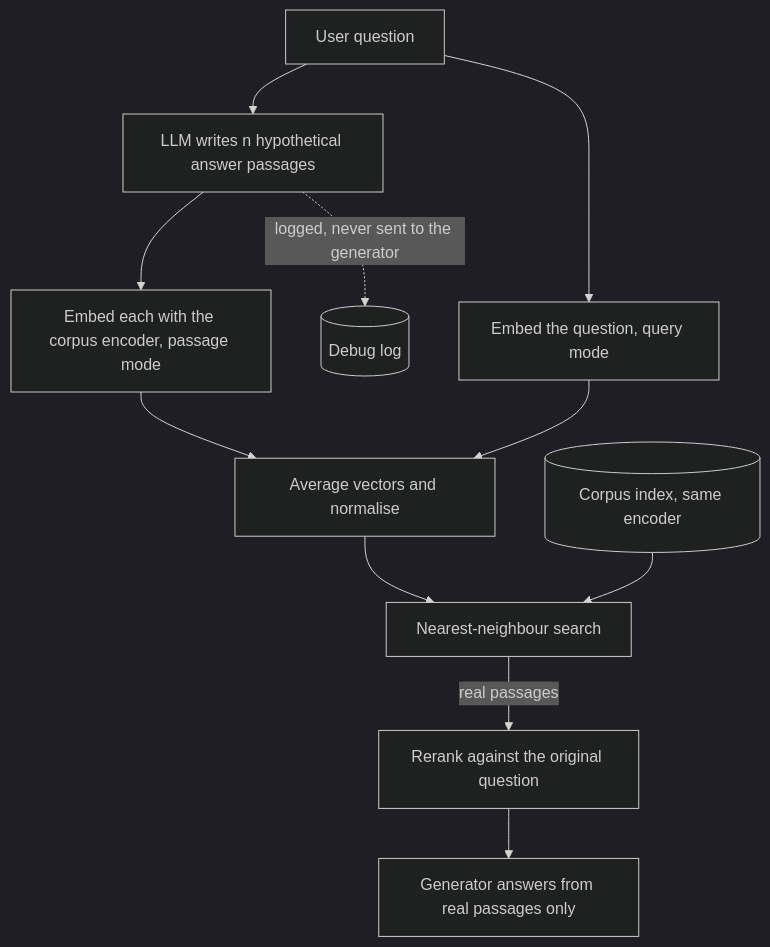
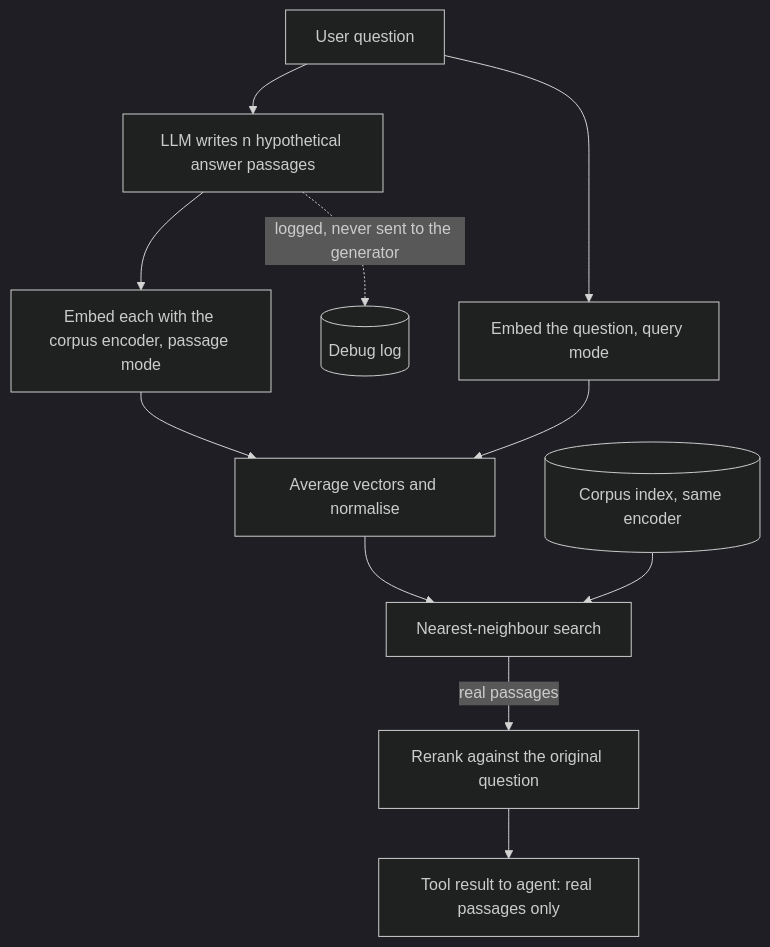
The diagram in content/rag-retrieval/hyde.md (lovishmahajan97/agentic-learning), drawn with Mermaid (dark theme) before and after one commit. The commit also changed other lines of this file and 266 other files, not shown here.

````diff
--- a/content/rag-retrieval/hyde.md
+++ b/content/rag-retrieval/hyde.md
@@ -90,13 +115,13 @@
 ```mermaid
 flowchart TD
     Q["User question"] --> G["LLM writes n hypothetical answer passages"]
     G --> E["Embed each with the corpus encoder, passage mode"]
     Q --> EQ["Embed the question, query mode"]
     E --> AV["Average vectors and normalise"]
     EQ --> AV
     AV --> S["Nearest-neighbour search"]
     I[("Corpus index, same encoder")] --> S
     S -->|"real passages"| RR["Rerank against the original question"]
-    RR --> A["Generator answers from real passages only"]
+    RR --> A["Tool result to agent: real passages only"]
     G -.->|"logged, never sent to the generator"| L[("Debug log")]
 ```
````
